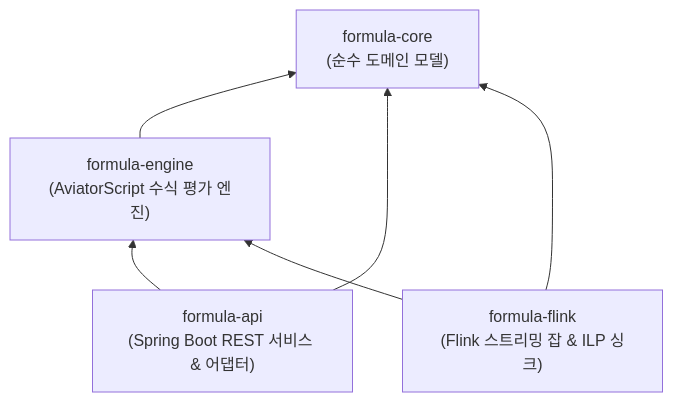
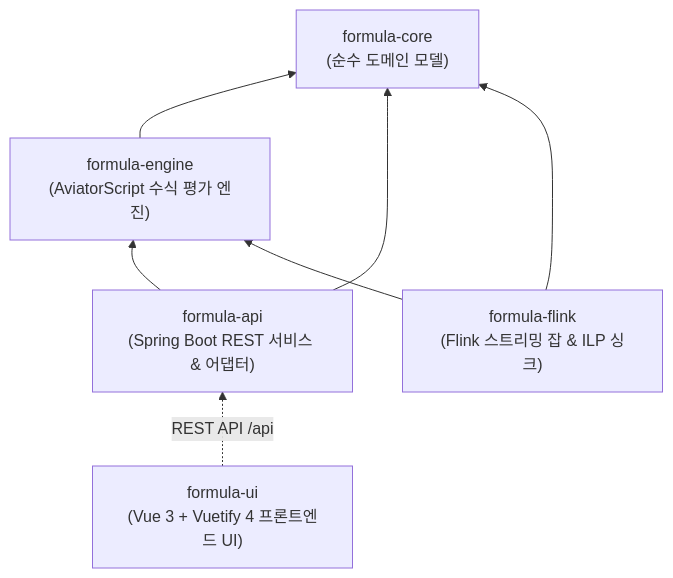
The second of 3 diagrams in README.md (imoil/formula-evaluator-service), drawn with Mermaid before and after one commit. The commit also changed other lines of this file and 1 other file, not shown here.

Commit message:
docs: add frontend UI architectural guide and update README with sensor catalog REST APIs

````diff
--- a/README.md
+++ b/README.md
@@ -80,13 +87,15 @@
 ```mermaid
 flowchart BT
     formulaCore["formula-core<br/>(순수 도메인 모델)"]
     formulaEngine["formula-engine<br/>(AviatorScript 수식 평가 엔진)"]
     formulaApi["formula-api<br/>(Spring Boot REST 서비스 & 어댑터)"]
     formulaFlink["formula-flink<br/>(Flink 스트리밍 잡 & ILP 싱크)"]
+    formulaUi["formula-ui<br/>(Vue 3 + Vuetify 4 프론트엔드 UI)"]
 
     formulaEngine --> formulaCore
     formulaApi --> formulaCore
     formulaApi --> formulaEngine
     formulaFlink --> formulaCore
     formulaFlink --> formulaEngine
+    formulaUi -.->|REST API /api| formulaApi
 ```
````
